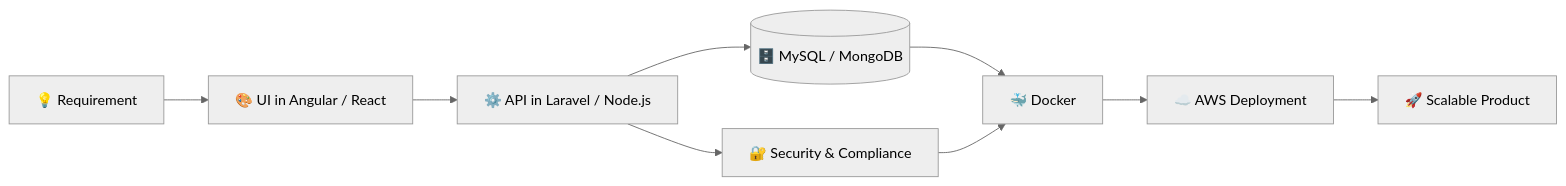
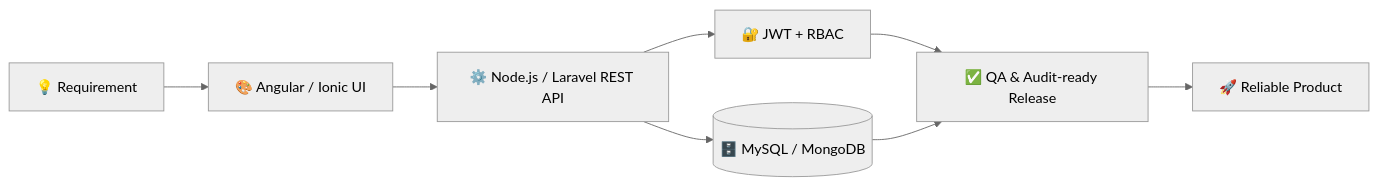
One commit to harshmerchant/harshmerchant changed the diagram in README.md. Above: the diagram before and after it, drawn with Mermaid (neutral theme). The commit also changed other lines of this file, not shown here.

````diff
--- a/README.md
+++ b/README.md
@@ -122,11 +159,10 @@
 ```mermaid
 flowchart LR
-    A[💡 Requirement] --> B[🎨 UI in Angular / React]
-    B --> C[⚙️ API in Laravel / Node.js]
-    C --> D[(🗄️ MySQL / MongoDB)]
-    C --> E[🔐 Security & Compliance]
-    D --> F[🐳 Docker]
+    A[💡 Requirement] --> B[🎨 Angular / Ionic UI]
+    B --> C[⚙️ Node.js / Laravel REST API]
+    C --> D[🔐 JWT + RBAC]
+    C --> E[(🗄️ MySQL / MongoDB)]
+    D --> F[✅ QA & Audit-ready Release]
     E --> F
-    F --> G[☁️ AWS Deployment]
-    G --> H[🚀 Scalable Product]
+    F --> G[🚀 Reliable Product]
 ```
````
